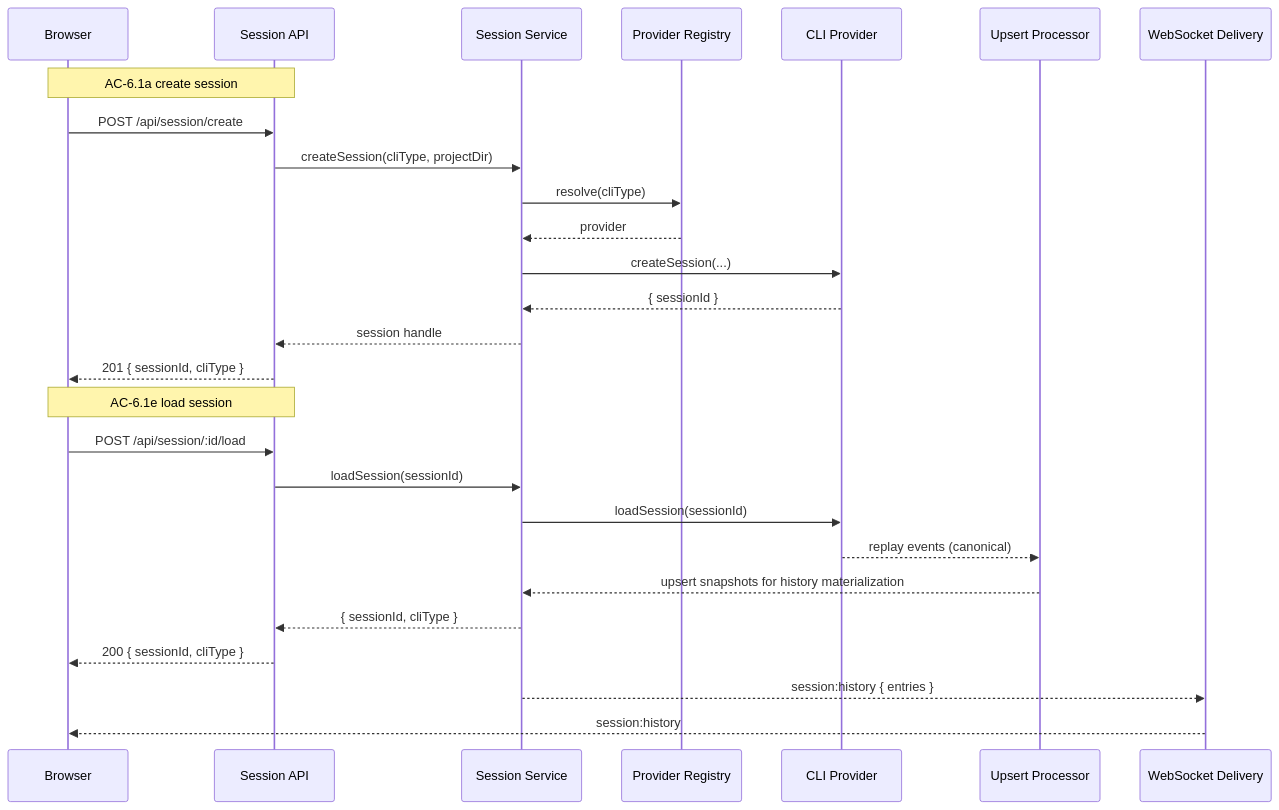
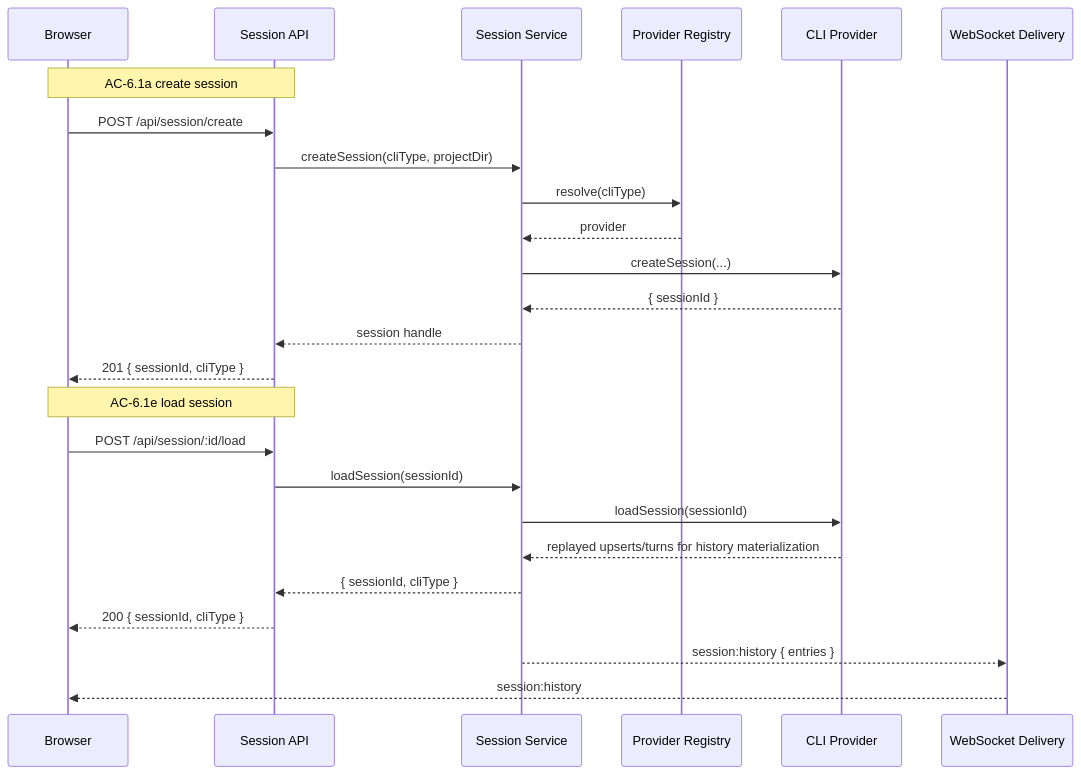
Before and after one commit to liminal-ai/liminal-builder: the third of 7 diagrams in docs/epics/02-provider-streaming-pipeline/tech-design.md, drawn with Mermaid. The commit also changed other lines of this file and 27 other files, not shown here.

````diff
--- a/docs/epics/02-provider-streaming-pipeline/tech-design.md
+++ b/docs/epics/02-provider-streaming-pipeline/tech-design.md
@@ -227,31 +232,29 @@
 ```mermaid
 sequenceDiagram
     participant Browser
     participant API as Session API
     participant Svc as Session Service
     participant Reg as Provider Registry
     participant Prov as CLI Provider
-    participant Proc as Upsert Processor
     participant WS as WebSocket Delivery
 
     Note over Browser,API: AC-6.1a create session
     Browser->>API: POST /api/session/create
     API->>Svc: createSession(cliType, projectDir)
     Svc->>Reg: resolve(cliType)
     Reg-->>Svc: provider
     Svc->>Prov: createSession(...)
     Prov-->>Svc: { sessionId }
     Svc-->>API: session handle
     API-->>Browser: 201 { sessionId, cliType }
 
     Note over Browser,API: AC-6.1e load session
     Browser->>API: POST /api/session/:id/load
     API->>Svc: loadSession(sessionId)
     Svc->>Prov: loadSession(sessionId)
-    Prov-->>Proc: replay events (canonical)
-    Proc-->>Svc: upsert snapshots for history materialization
+    Prov-->>Svc: replayed upserts/turns for history materialization
     Svc-->>API: { sessionId, cliType }
     API-->>Browser: 200 { sessionId, cliType }
     Svc-->>WS: session:history { entries }
     WS-->>Browser: session:history
 ```
````
